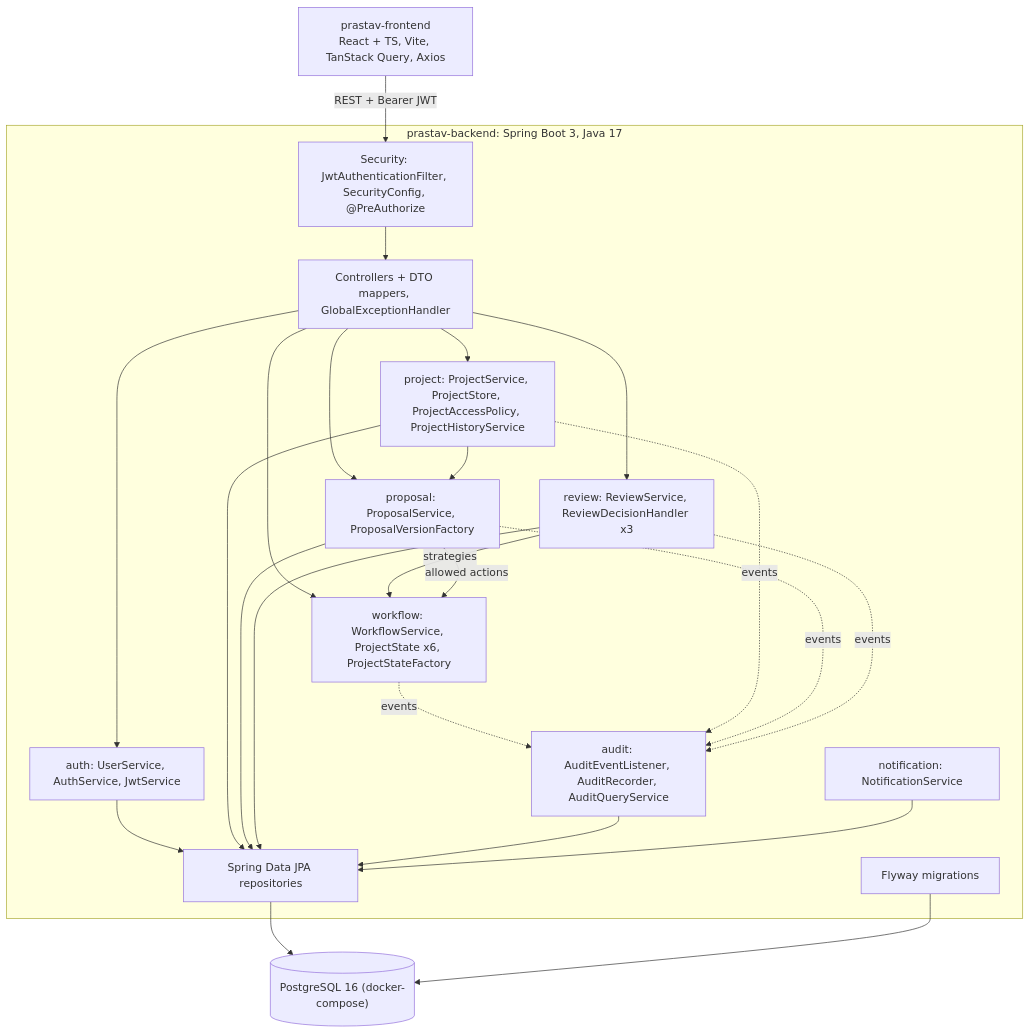
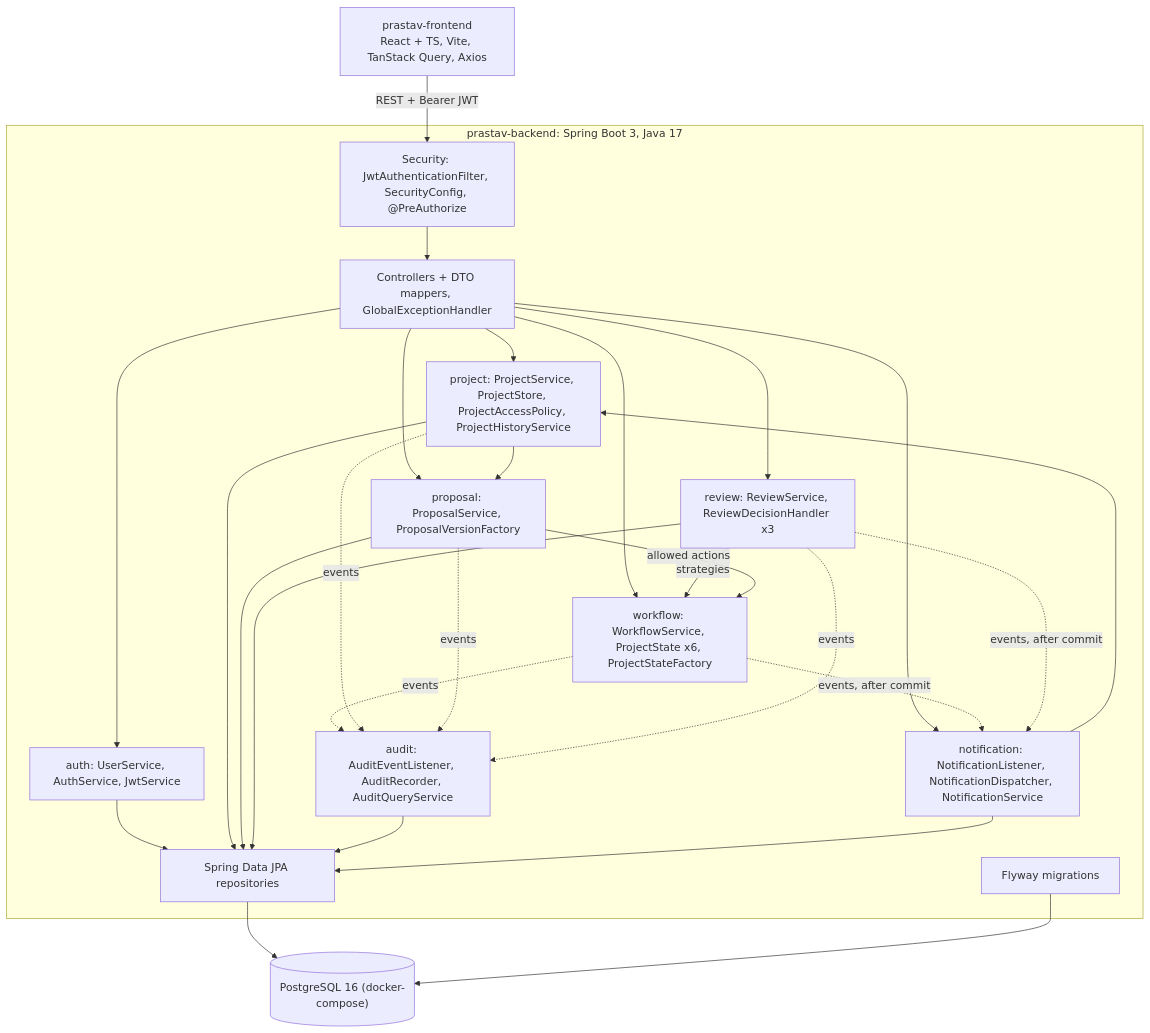
One commit to udita-0707/Prastaav changed the tenth of 11 diagrams in docs/diagrams.md. Above: the diagram before and after it, drawn with Mermaid. The commit also changed other lines of this file and 6 other files, not shown here.

Commit message:
docs(notification): listener, dispatch sequence and inbox API contracts

````diff
--- a/docs/diagrams.md
+++ b/docs/diagrams.md
@@ -535,31 +535,34 @@
 ```mermaid
 flowchart TB
   FE["prastav-frontend<br/>React + TS, Vite, TanStack Query, Axios"]
   subgraph BE["prastav-backend: Spring Boot 3, Java 17"]
     SEC["Security: JwtAuthenticationFilter, SecurityConfig, @PreAuthorize"]
     WEB["Controllers + DTO mappers, GlobalExceptionHandler"]
     AUTH["auth: UserService, AuthService, JwtService"]
     PROJ["project: ProjectService, ProjectStore, ProjectAccessPolicy, ProjectHistoryService"]
     PROP["proposal: ProposalService, ProposalVersionFactory"]
     REV["review: ReviewService, ReviewDecisionHandler x3"]
     WF["workflow: WorkflowService, ProjectState x6, ProjectStateFactory"]
     AUD["audit: AuditEventListener, AuditRecorder, AuditQueryService"]
-    NOTIF["notification: NotificationService"]
+    NOTIF["notification: NotificationListener, NotificationDispatcher, NotificationService"]
     REPO["Spring Data JPA repositories"]
     FLY["Flyway migrations"]
   end
   DB[("PostgreSQL 16 (docker-compose)")]
   FE -->|"REST + Bearer JWT"| SEC --> WEB
-  WEB --> AUTH & PROJ & PROP & REV & WF
+  WEB --> AUTH & PROJ & PROP & REV & WF & NOTIF
   REV -->|strategies| WF
   PROJ --> PROP
   PROP -->|allowed actions| WF
   WF -.->|events| AUD
   PROJ -.->|events| AUD
   PROP -.->|events| AUD
   REV -.->|events| AUD
+  WF -.->|events, after commit| NOTIF
+  REV -.->|events, after commit| NOTIF
+  NOTIF --> PROJ
   AUTH & PROJ & PROP & REV & AUD --> REPO
   NOTIF --> REPO
   REPO --> DB
   FLY --> DB
 ```
````
